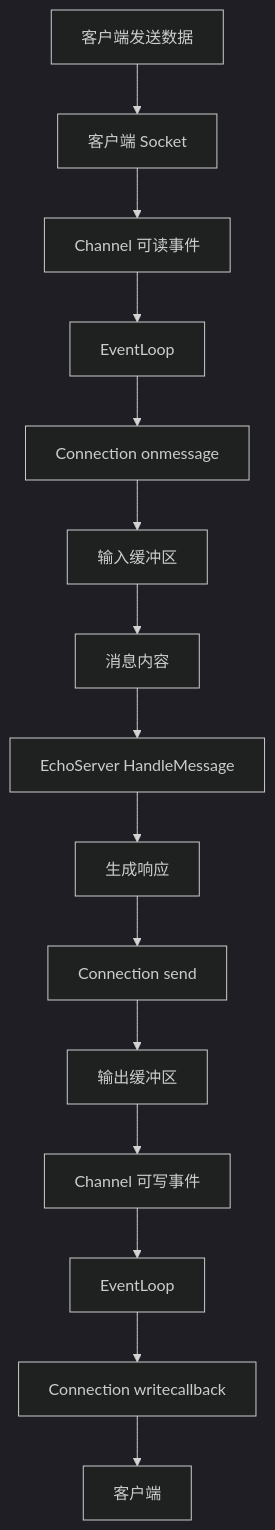
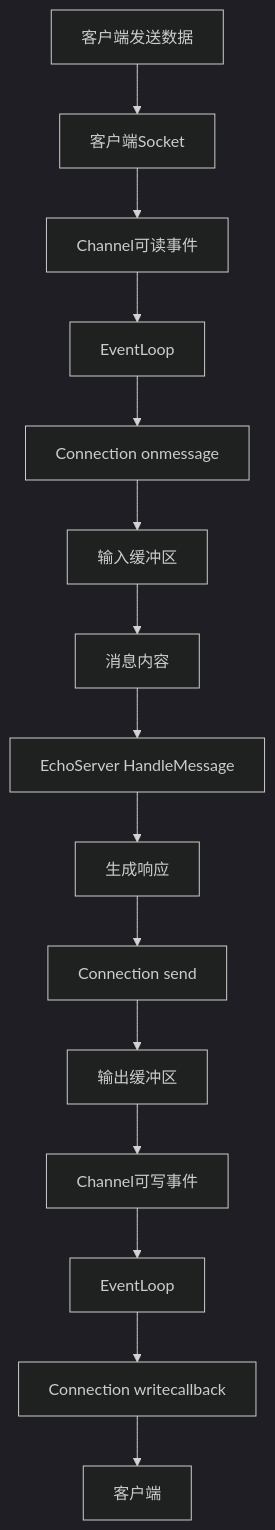
The fifth of 6 diagrams in README.md (yaoqianshuwow/BankServer), drawn with Mermaid (dark theme) before and after one commit. The commit also changed other lines of this file, not shown here.

````diff
--- a/README.md
+++ b/README.md
@@ -283,17 +283,17 @@
 ```mermaid
 flowchart TD
-    A[客户端发送数据] --> B[客户端 Socket]
-    B --> C[Channel 可读事件]
+    A[客户端发送数据] --> B[客户端Socket]
+    B --> C[Channel可读事件]
     C --> D[EventLoop]
     D --> E[Connection onmessage]
     E --> F[输入缓冲区]
     F --> G[消息内容]
     G --> H[EchoServer HandleMessage]
     H --> I[生成响应]
     I --> J[Connection send]
     J --> K[输出缓冲区]
-    K --> L[Channel 可写事件]
+    K --> L[Channel可写事件]
     L --> M[EventLoop]
     M --> N[Connection writecallback]
     N --> O[客户端]
 ```
````
